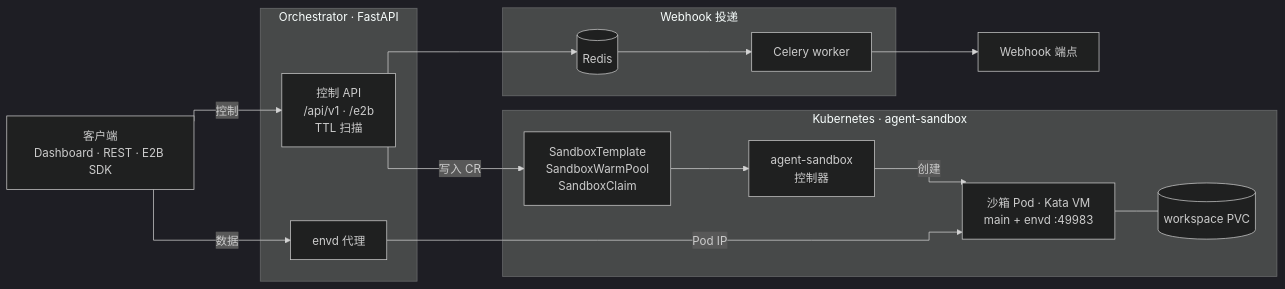
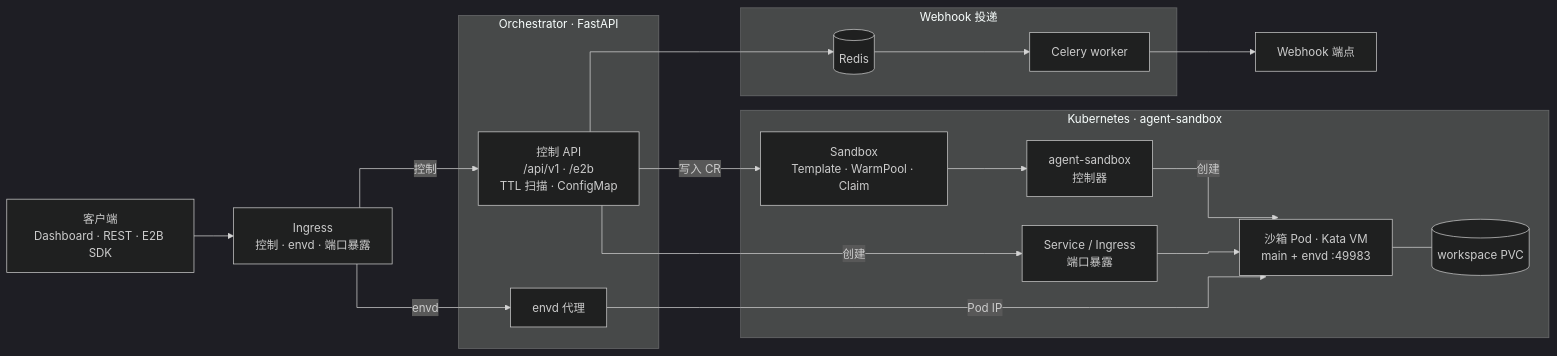
Before and after one commit to iwrs712/litterbox: the diagram in README.zh.md, drawn with Mermaid (dark theme). The commit also changed other lines of this file and 1 other file, not shown here.

Commit message:
docs: keep one README diagram and show ingress, configmaps and expose
Fold the traffic/lifecycle view back into the single left-to-right diagram,
drop the public hostnames, and call out Ingress, per-sandbox Service/Ingress,
ConfigMaps and the TTL sweeper.

````diff
--- a/README.zh.md
+++ b/README.zh.md
@@ -55,31 +55,34 @@
 ```mermaid
-%%{init: {"flowchart": {"curve": "stepBefore", "nodeSpacing": 40, "rankSpacing": 60}}}%%
+%%{init: {"flowchart": {"curve": "stepBefore", "nodeSpacing": 40, "rankSpacing": 55}}}%%
 flowchart LR
     Client["客户端<br/>Dashboard · REST · E2B SDK"]
+    Ingress["Ingress<br/>控制 · envd · 端口暴露"]
 
     subgraph Orchestrator["Orchestrator · FastAPI"]
-        API["控制 API<br/>/api/v1 · /e2b<br/>TTL 扫描"]
+        API["控制 API<br/>/api/v1 · /e2b<br/>TTL 扫描 · ConfigMap"]
         Proxy["envd 代理"]
     end
 
     subgraph Async["Webhook 投递"]
         Redis[("Redis")]
         Worker["Celery worker"]
     end
 
     subgraph Cluster["Kubernetes · agent-sandbox"]
-        CRs["SandboxTemplate<br/>SandboxWarmPool<br/>SandboxClaim"]
+        CRs["Sandbox<br/>Template · WarmPool · Claim"]
         Ctrl["agent-sandbox<br/>控制器"]
+        Svc["Service / Ingress<br/>端口暴露"]
         Pod["沙箱 Pod · Kata VM<br/>main + envd :49983"]
         PVC[("workspace PVC")]
     end
 
     Hook["Webhook 端点"]
 
+    Client --> Ingress -->|"控制"| API
+    Ingress -->|"envd"| Proxy
     API --> Redis --> Worker --> Hook
-    Client -->|"控制"| API
     API -->|"写入 CR"| CRs --> Ctrl -->|"创建"| Pod
-    Client -->|"数据"| Proxy
+    API -->|"创建"| Svc --> Pod
     Proxy -->|"Pod IP"| Pod
     Pod --- PVC
 ```
````
